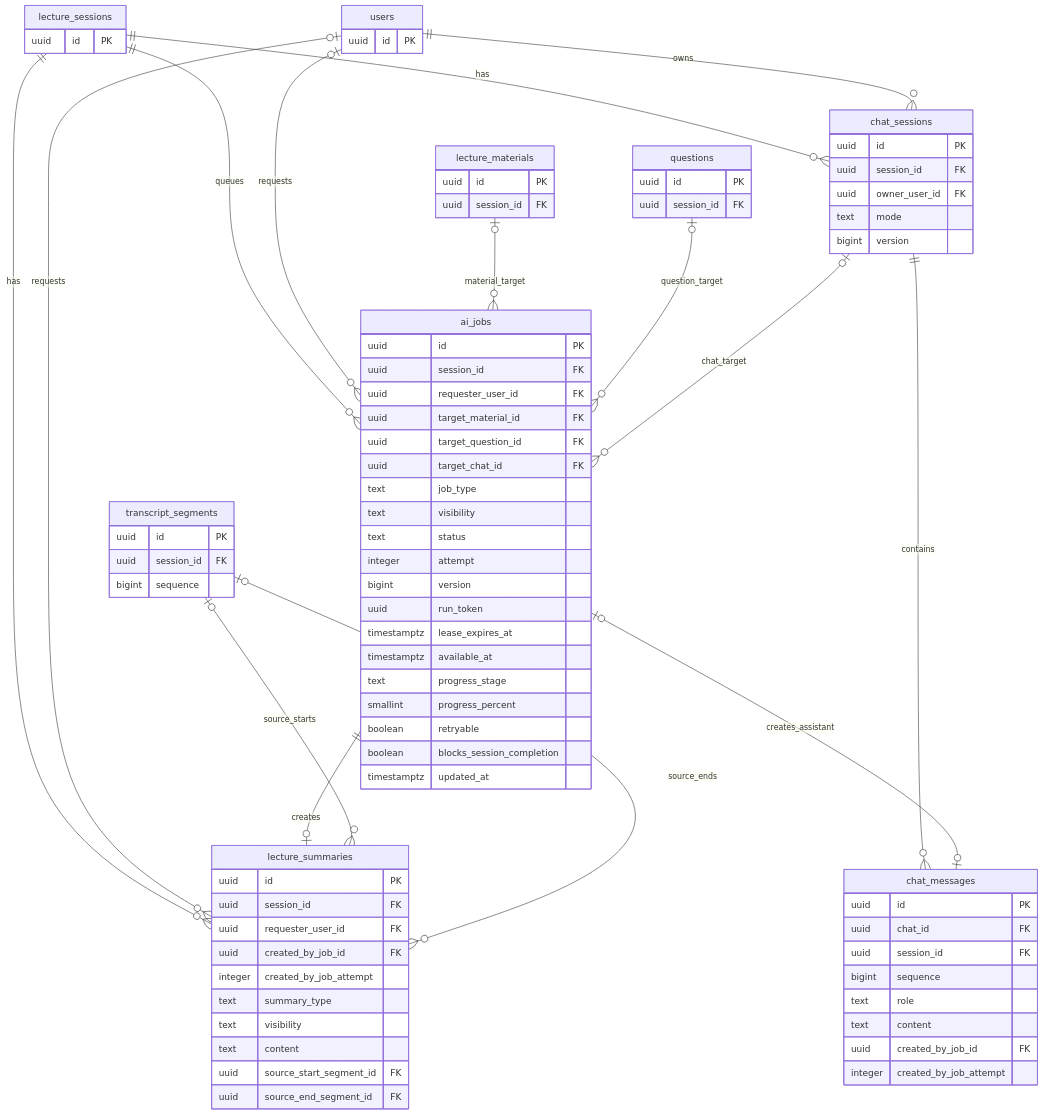
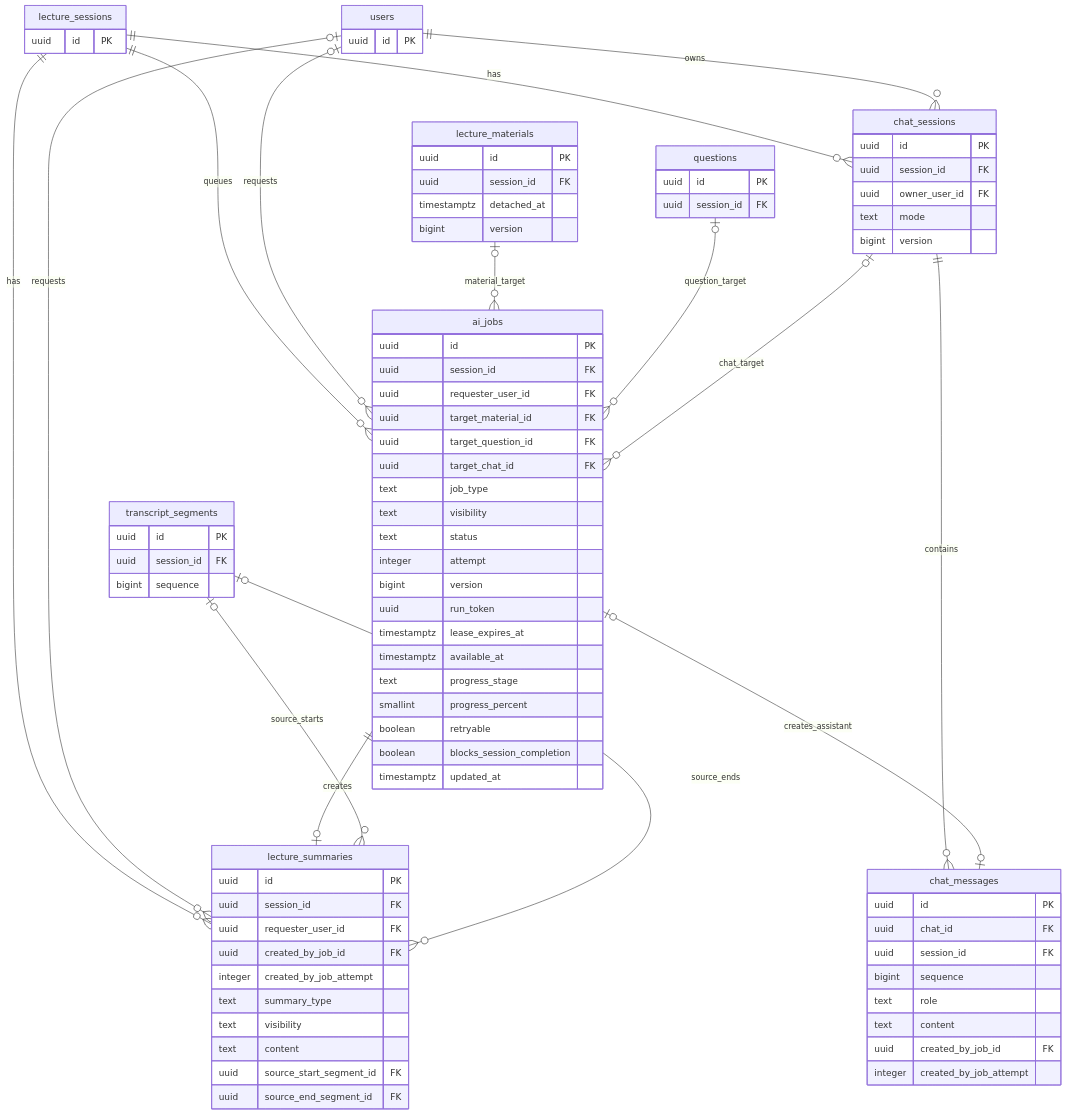
Before and after one commit to madcamp-official/26s-w2-c2-08: the fourth of 5 diagrams in docs/database/ERD.md, drawn with Mermaid. The commit also changed other lines of this file and 1 other file, not shown here.

```diff
--- a/docs/database/ERD.md
+++ b/docs/database/ERD.md
@@ -329,6 +332,8 @@
     lectureMaterials["lecture_materials"] {
         uuid id PK
         uuid session_id FK
+        timestamptz detached_at
+        bigint version
     }
 
     questions["questions"] {
```
